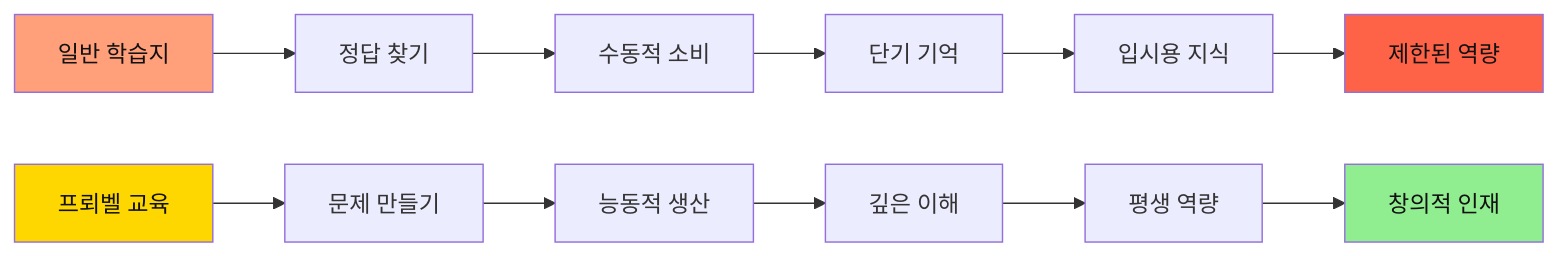
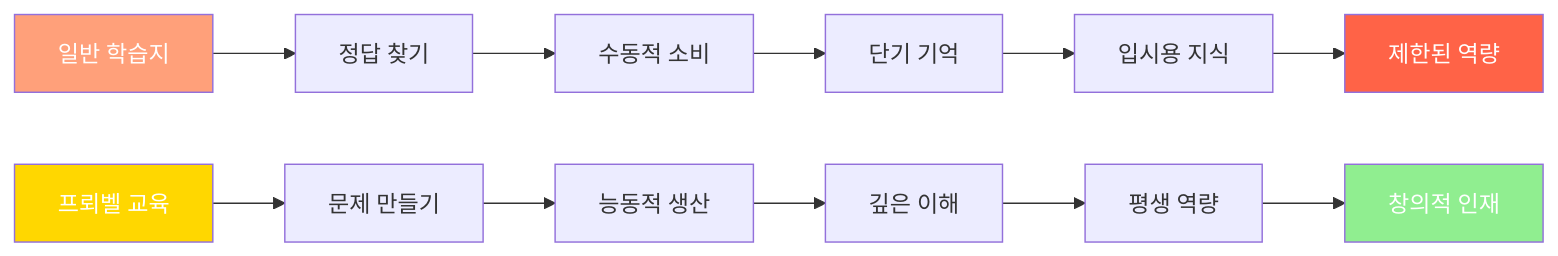
The fifth of 34 diagrams in 3단계_프뢰벨_FAQ_핵심가치.md (Collegenie-X/froebel), drawn with Mermaid before and after one commit. The commit also changed other lines of this file and 4 other files, not shown here.

````diff
--- a/3단계_프뢰벨_FAQ_핵심가치.md
+++ b/3단계_프뢰벨_FAQ_핵심가치.md
@@ -248,19 +248,19 @@
 ```mermaid
 graph LR
     A[일반 학습지] --> B[정답 찾기]
     B --> C[수동적 소비]
     C --> D[단기 기억]
     D --> E[입시용 지식]
     E --> F[제한된 역량]
     
     G[프뢰벨 교육] --> H[문제 만들기]
     H --> I[능동적 생산]
     I --> J[깊은 이해]
     J --> K[평생 역량]
     K --> L[창의적 인재]
     
-    style A fill:#FFA07A,color:#111
-    style F fill:#FF6347,color:#111
-    style G fill:#FFD700,color:#111
-    style L fill:#90EE90,color:#111
+    style A fill:#FFA07A,color:#fff
+    style F fill:#FF6347,color:#fff
+    style G fill:#FFD700,color:#fff
+    style L fill:#90EE90,color:#fff
 ```
````
